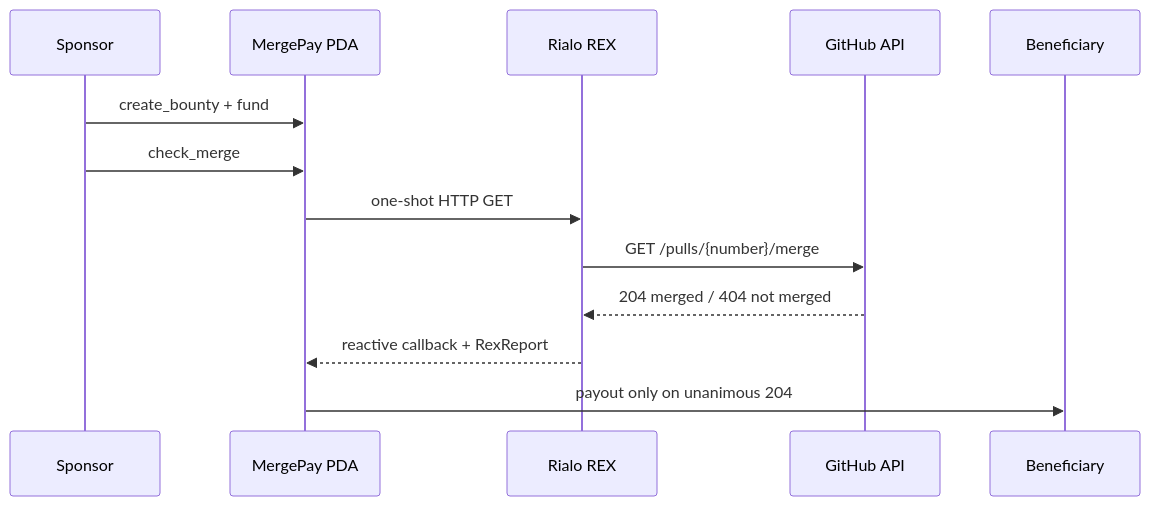
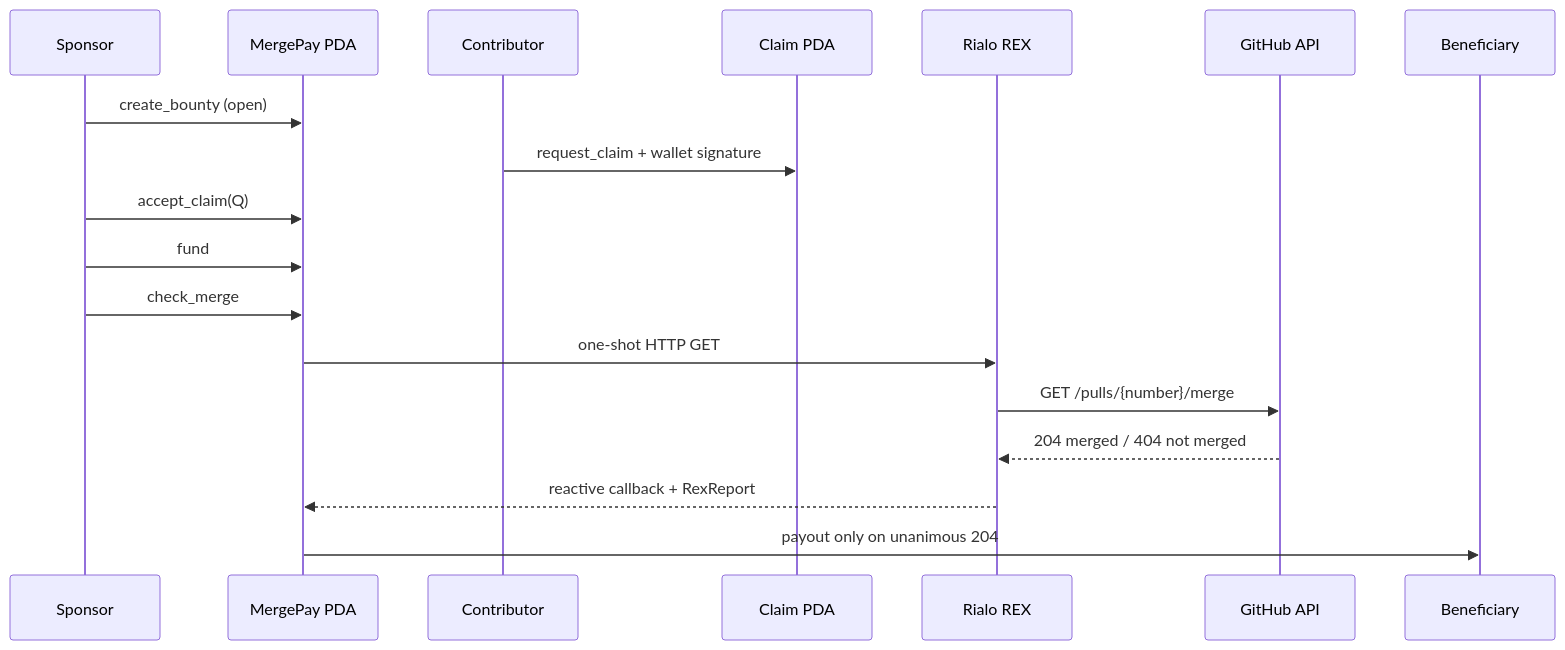
One commit to Alice699/mergepay changed the diagram in README.md. Above: the diagram before and after it, drawn with Mermaid. The commit also changed other lines of this file and 68 other files, not shown here.

Commit message:
Polish bounty marketplace and fix merge flow

````diff
--- a/README.md
+++ b/README.md
@@ -73,15 +98,20 @@
 ```mermaid
 sequenceDiagram
     participant S as Sponsor
     participant M as MergePay PDA
+    participant C as Contributor
+    participant Q as Claim PDA
     participant R as Rialo REX
     participant G as GitHub API
     participant B as Beneficiary
-    S->>M: create_bounty + fund
+    S->>M: create_bounty (open)
+    C->>Q: request_claim + wallet signature
+    S->>M: accept_claim(Q)
+    S->>M: fund
     S->>M: check_merge
     M->>R: one-shot HTTP GET
     R->>G: GET /pulls/{number}/merge
     G-->>R: 204 merged / 404 not merged
     R-->>M: reactive callback + RexReport
     M->>B: payout only on unanimous 204
 ```
````
